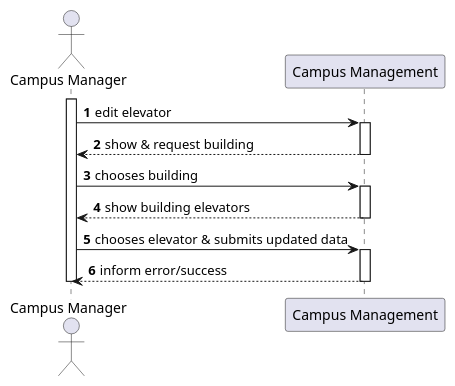
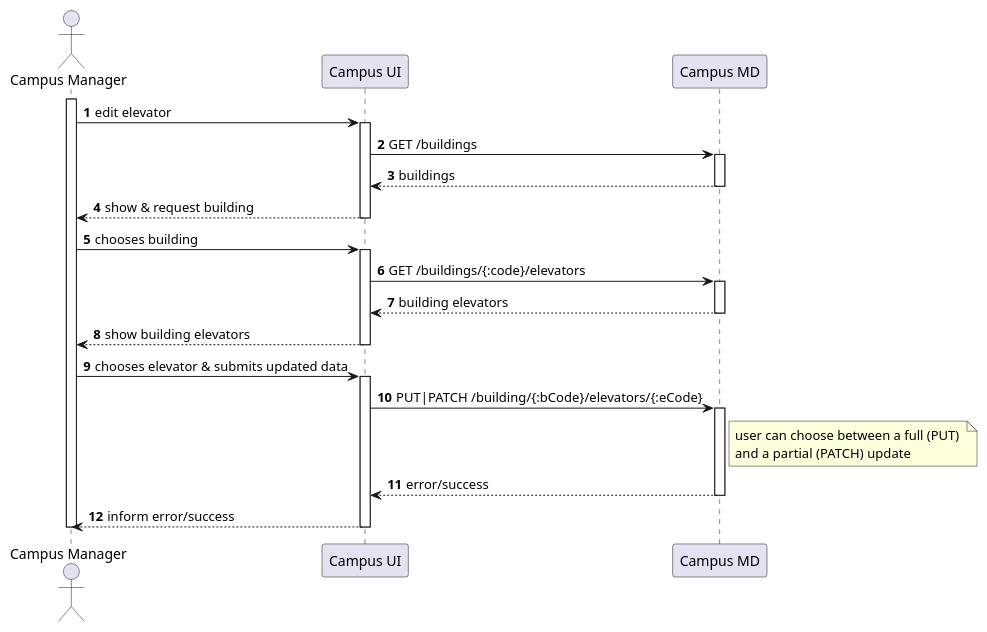
Before and after one commit to Departamento-de-Engenharia-Informatica/lapr5-23-24-g19: the diagram in docs/us1150/level2/process-view.puml, drawn with PlantUML. The commit also changed 15 other files, not shown here.

```diff
--- a/docs/us1150/level2/process-view.puml
+++ b/docs/us1150/level2/process-view.puml
@@ -1,25 +1,42 @@
 @startuml
 autonumber
 
 actor "Campus Manager" as usr
 
-participant "Campus Management" as mng
+participant "Campus UI" as ui
+participant "Campus MD" as md
 
 activate usr
-    usr -> mng : edit elevator
-    activate mng
-        mng --> usr : show & request building
-    deactivate mng
+    usr -> ui : edit elevator
+    activate ui
+        ui -> md : GET /buildings
+        activate md
+            md --> ui : buildings
+        deactivate md
 
-    usr -> mng : chooses building
-    activate mng
-        mng --> usr : show building elevators
-    deactivate mng
+        ui --> usr : show & request building
+    deactivate ui
 
-    usr -> mng : chooses elevator & submits updated data
-    activate mng
-        mng --> usr : inform error/success
-    deactivate mng
+    usr -> ui : chooses building
+    activate ui
+        ui -> md : GET /buildings/{:code}/elevators
+        activate md
+            md --> ui : building elevators
+        deactivate md
+
+        ui --> usr : show building elevators
+    deactivate ui
+
+    usr -> ui : chooses elevator & submits updated data
+    activate ui
+        ui -> md : PUT|PATCH /building/{:bCode}/elevators/{:eCode}
+        note right of md : user can choose between a full (PUT) \nand a partial (PATCH) update
+        activate md
+            md --> ui : error/success
+        deactivate md
+
+        ui --> usr : inform error/success
+    deactivate ui
 deactivate usr
 
 @enduml
```
